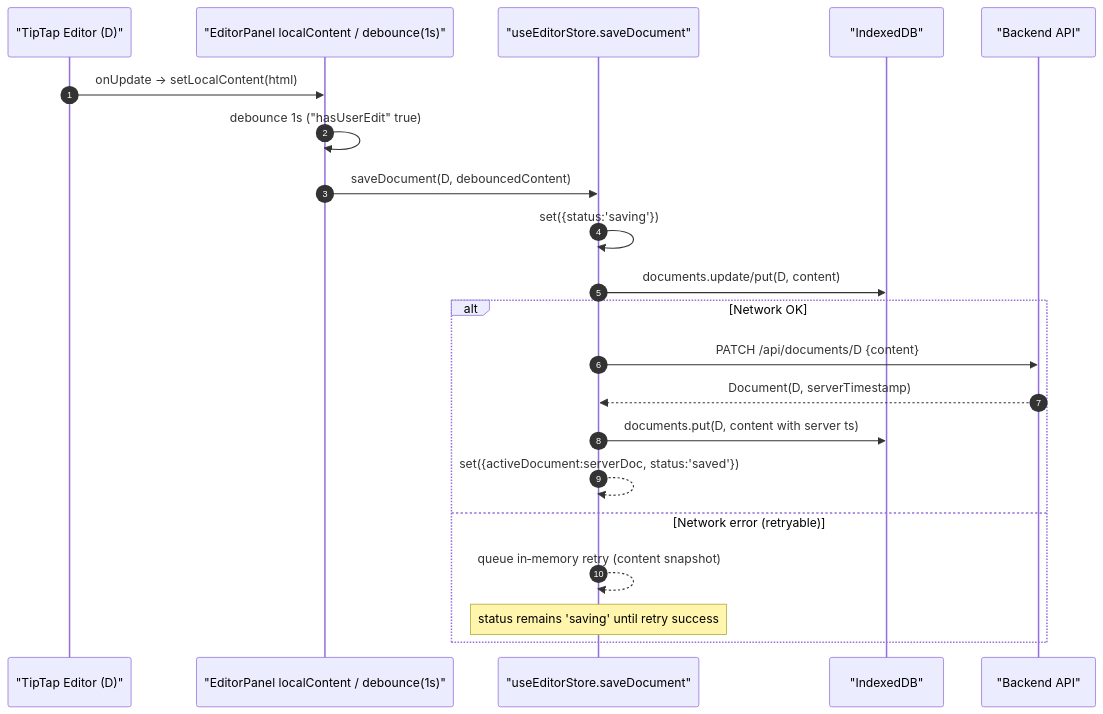
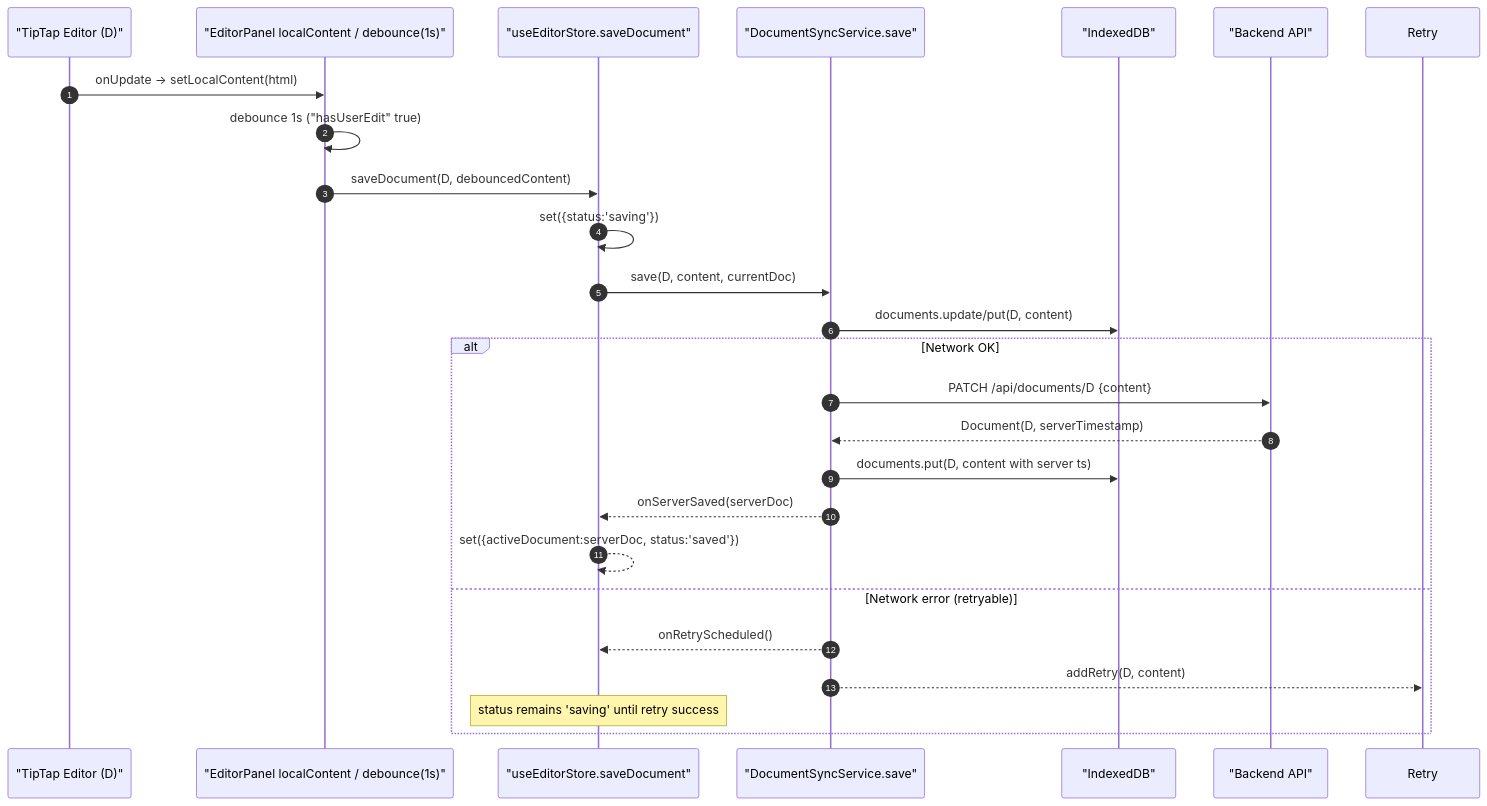
The second of 5 diagrams in _docs/technical/frontend/editor-caching.md (haowjy/meridian), drawn with Mermaid before and after one commit. The commit also changed other lines of this file and 28 other files, not shown here.

````diff
--- a/_docs/technical/frontend/editor-caching.md
+++ b/_docs/technical/frontend/editor-caching.md
@@ -81,24 +82,28 @@
 ```mermaid
 sequenceDiagram
     autonumber
     participant Editor as "TipTap Editor (D)"
     participant Panel as "EditorPanel localContent / debounce(1s)"
     participant Store as "useEditorStore.saveDocument"
+    participant Service as "DocumentSyncService.save"
     participant IDB as "IndexedDB"
     participant API as "Backend API"
 
     Editor->>Panel: onUpdate → setLocalContent(html)
     Panel->>Panel: debounce 1s ("hasUserEdit" true)
     Panel->>Store: saveDocument(D, debouncedContent)
     Store->>Store: set({status:'saving'})
-    Store->>IDB: documents.update/put(D, content)
+    Store->>Service: save(D, content, currentDoc)
+    Service->>IDB: documents.update/put(D, content)
     alt Network OK
-        Store->>API: PATCH /api/documents/D {content}
-        API-->>Store: Document(D, serverTimestamp)
-        Store->>IDB: documents.put(D, content with server ts)
+        Service->>API: PATCH /api/documents/D {content}
+        API-->>Service: Document(D, serverTimestamp)
+        Service->>IDB: documents.put(D, content with server ts)
+        Service-->>Store: onServerSaved(serverDoc)
         Store-->>Store: set({activeDocument:serverDoc, status:'saved'})
     else Network error (retryable)
-        Store-->>Store: queue in‑memory retry (content snapshot)
+        Service-->>Store: onRetryScheduled()
+        Service-->>Retry: addRetry(D, content)
         Note over Store: status remains 'saving' until retry success
     end
 ```
````
